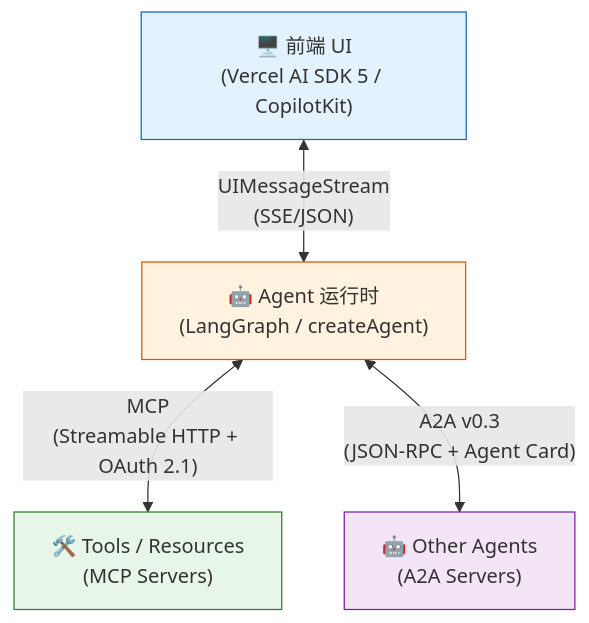
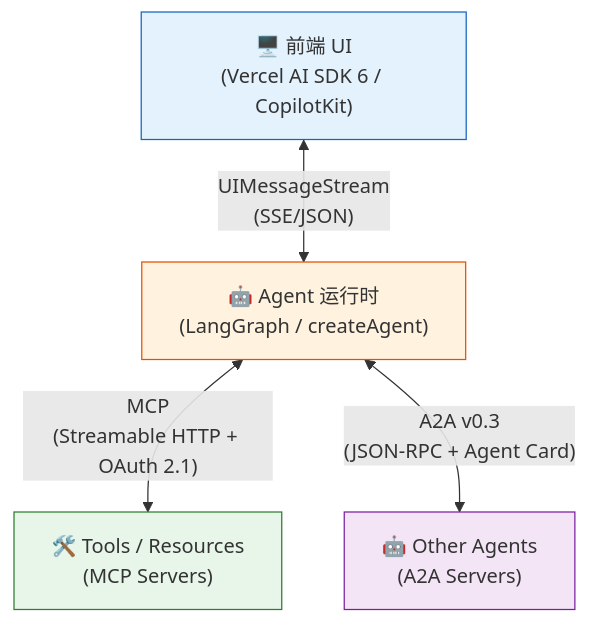
One commit to KMaybe01/common changed diagram 21 of 21 in S5-AI/15-前沿趋势篇.md. Above: the diagram before and after it, drawn with Mermaid. The commit also changed other lines of this file and 14 other files, not shown here.

````diff
--- a/S5-AI/15-前沿趋势篇.md
+++ b/S5-AI/15-前沿趋势篇.md
@@ -896,20 +932,20 @@
 ```mermaid
 graph TB
-    UI["🖥️ 前端 UI<br/>(Vercel AI SDK 5 / CopilotKit)"]
+    UI["🖥️ 前端 UI<br/>(Vercel AI SDK 6 / CopilotKit)"]
     AGENT["🤖 Agent 运行时<br/>(LangGraph / createAgent)"]
     
     UI <-->|"UIMessageStream<br/>(SSE/JSON)"| AGENT
     
     AGENT <-->|"MCP<br/>(Streamable HTTP + OAuth 2.1)"| TOOL["🛠️ Tools / Resources<br/>(MCP Servers)"]
     
     AGENT <-->|"A2A v0.3<br/>(JSON-RPC + Agent Card)"| OTHER_AGENT["🤖 Other Agents<br/>(A2A Servers)"]
     
     classDef ui fill:#e3f2fd,stroke:#1565c0;
     classDef agent fill:#fff3e0,stroke:#e65100;
     classDef tool fill:#e8f5e9,stroke:#2e7d32;
     classDef a2a fill:#f3e5f5,stroke:#7b1fa2;
     class UI ui
     class AGENT agent
     class TOOL tool
     class OTHER_AGENT a2a
 ```
````
